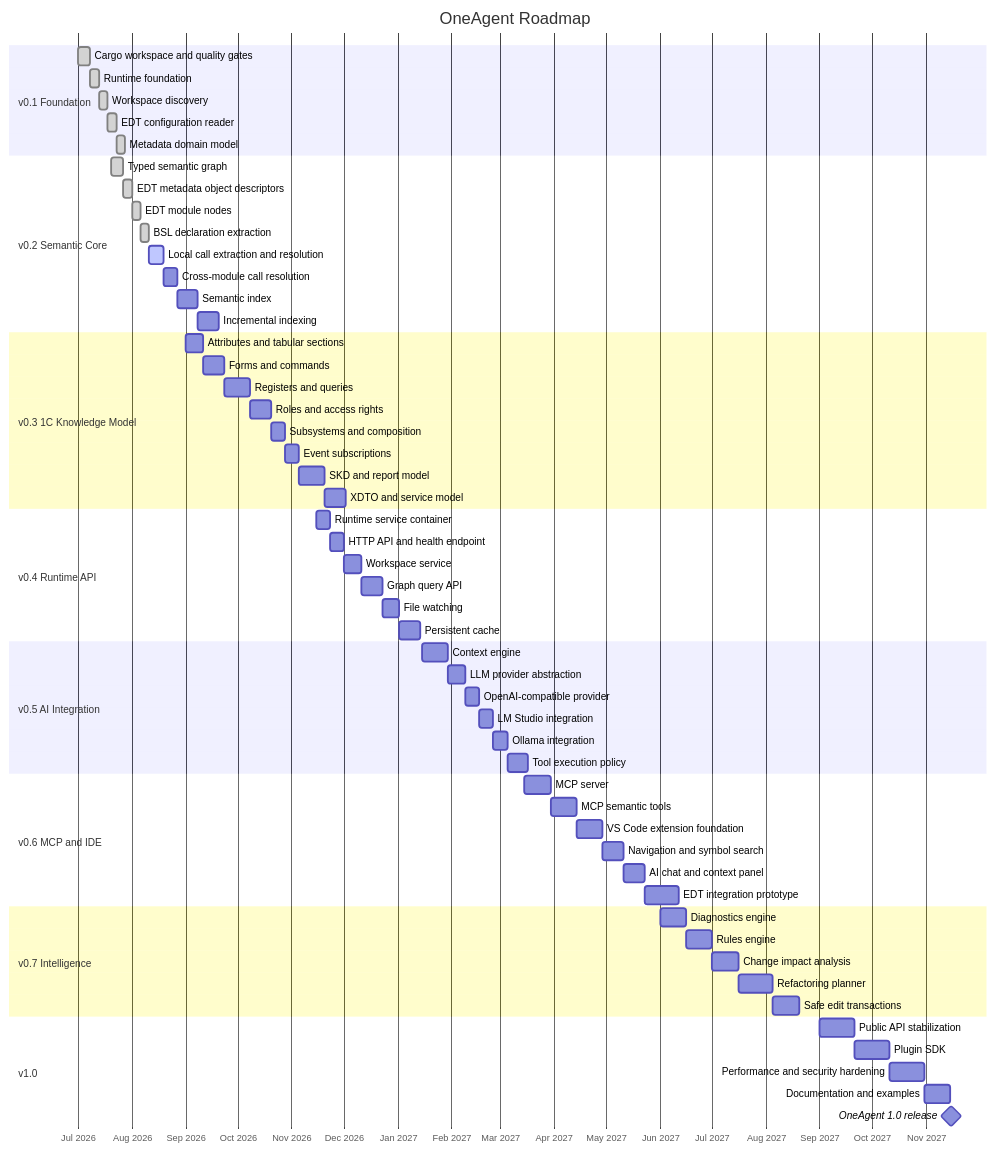
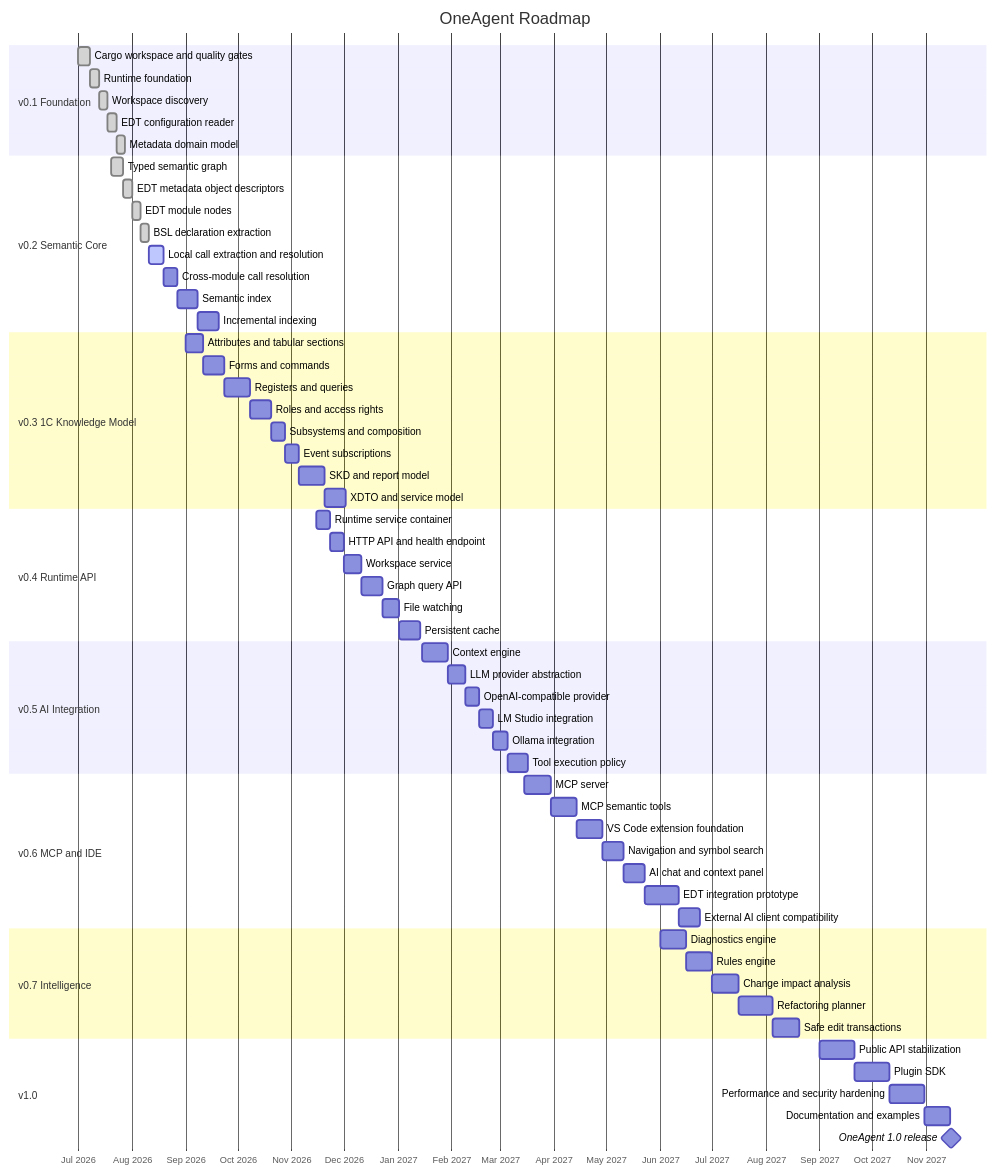
The diagram in docs/Roadmap.md (MakSGTS/OneAgent), drawn with Mermaid before and after one commit. The commit also changed other lines of this file, not shown here.

Commit message:
docs: add external AI client MCP roadmap

````diff
--- a/docs/Roadmap.md
+++ b/docs/Roadmap.md
@@ -9,71 +9,72 @@
 ```mermaid
 gantt
     title OneAgent Roadmap
     dateFormat  YYYY-MM-DD
     axisFormat  %b %Y
 
     section v0.1 Foundation
     Cargo workspace and quality gates       :done, f1, 2026-07-01, 7d
     Runtime foundation                      :done, f2, after f1, 5d
     Workspace discovery                     :done, f3, after f2, 5d
     EDT configuration reader                :done, f4, after f3, 5d
     Metadata domain model                   :done, f5, after f4, 5d
 
     section v0.2 Semantic Core
     Typed semantic graph                    :done, s1, 2026-07-20, 7d
     EDT metadata object descriptors         :done, s2, after s1, 5d
     EDT module nodes                        :done, s3, after s2, 5d
     BSL declaration extraction              :done, s4, after s3, 5d
     Local call extraction and resolution    :active, s5, after s4, 8d
     Cross-module call resolution            :s6, after s5, 8d
     Semantic index                          :s7, after s6, 12d
     Incremental indexing                    :s8, after s7, 12d
 
     section v0.3 1C Knowledge Model
     Attributes and tabular sections         :k1, 2026-09-01, 10d
     Forms and commands                      :k2, after k1, 12d
     Registers and queries                   :k3, after k2, 15d
     Roles and access rights                 :k4, after k3, 12d
     Subsystems and composition              :k5, after k4, 8d
     Event subscriptions                     :k6, after k5, 8d
     SKD and report model                    :k7, after k6, 15d
     XDTO and service model                  :k8, after k7, 12d
 
     section v0.4 Runtime API
     Runtime service container               :r1, 2026-11-15, 8d
     HTTP API and health endpoint            :r2, after r1, 8d
     Workspace service                       :r3, after r2, 10d
     Graph query API                         :r4, after r3, 12d
     File watching                           :r5, after r4, 10d
     Persistent cache                        :r6, after r5, 12d
 
     section v0.5 AI Integration
     Context engine                          :a1, 2027-01-15, 15d
     LLM provider abstraction                :a2, after a1, 10d
     OpenAI-compatible provider              :a3, after a2, 8d
     LM Studio integration                   :a4, after a3, 8d
     Ollama integration                      :a5, after a4, 8d
     Tool execution policy                   :a6, after a5, 12d
 
     section v0.6 MCP and IDE
     MCP server                              :m1, 2027-03-15, 15d
     MCP semantic tools                      :m2, after m1, 15d
     VS Code extension foundation            :m3, after m2, 15d
     Navigation and symbol search            :m4, after m3, 12d
     AI chat and context panel               :m5, after m4, 12d
     EDT integration prototype               :m6, after m5, 20d
+    External AI client compatibility        :m7, after m6, 12d
 
     section v0.7 Intelligence
     Diagnostics engine                      :i1, 2027-06-01, 15d
     Rules engine                            :i2, after i1, 15d
     Change impact analysis                  :i3, after i2, 15d
     Refactoring planner                     :i4, after i3, 20d
     Safe edit transactions                  :i5, after i4, 15d
 
     section v1.0
     Public API stabilization                :v1, 2027-09-01, 20d
     Plugin SDK                              :v2, after v1, 20d
     Performance and security hardening      :v3, after v2, 20d
     Documentation and examples              :v4, after v3, 15d
     OneAgent 1.0 release                    :milestone, v5, after v4, 1d
 ```
````
